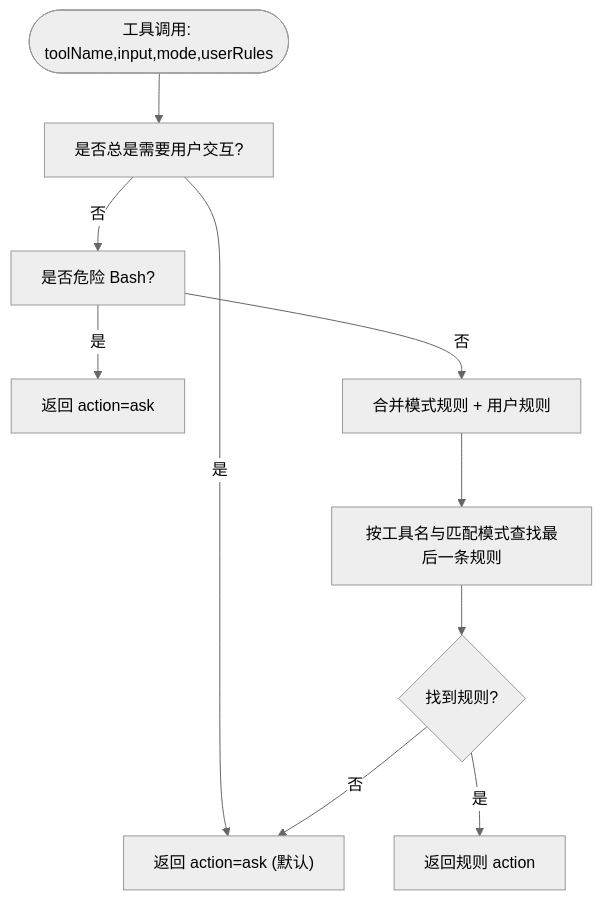
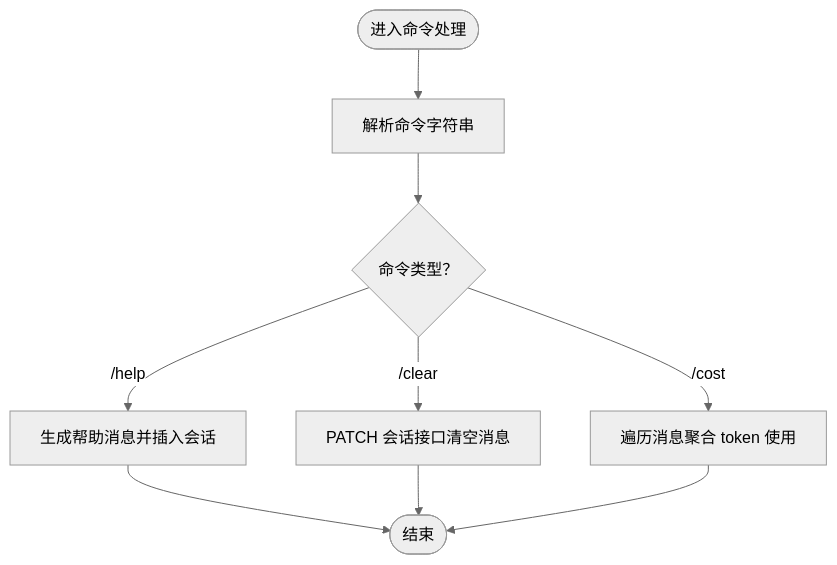
One commit to haolange/CodePilot changed the third of 7 diagrams in .qoder/repowiki/zh/content/核心功能/核心功能.md. Above: the diagram before and after it, drawn with Mermaid (neutral theme). The commit also changed other lines of this file and 203 other files, not shown here.

````diff
--- a/.qoder/repowiki/zh/content/核心功能/核心功能.md
+++ b/.qoder/repowiki/zh/content/核心功能/核心功能.md
@@ -270,12 +147,11 @@
 ```mermaid
 flowchart TD
-S(["工具调用: toolName,input,mode,userRules"]) --> CheckAlways["是否总是需要用户交互?"]
-CheckAlways --> |是| Ask["返回 action=ask"]
-CheckAlways --> |否| CheckDanger["是否危险 Bash?"]
-CheckDanger --> |是| AskDanger["返回 action=ask"]
-CheckDanger --> |否| BuildRules["合并模式规则 + 用户规则"]
-BuildRules --> Match["按工具名与匹配模式查找最后一条规则"]
-Match --> Found{"找到规则?"}
-Found --> |是| Return["返回规则 action"]
-Found --> |否| Ask["返回 action=ask (默认)"]
+Start(["进入命令处理"]) --> Parse["解析命令字符串"]
+Parse --> Cmd{"命令类型？"}
+Cmd --> |/help| ShowHelp["生成帮助消息并插入会话"]
+Cmd --> |/clear| PatchSession["PATCH 会话接口清空消息"]
+Cmd --> |/cost| Aggregate["遍历消息聚合 token 使用"]
+ShowHelp --> End(["结束"])
+PatchSession --> End
+Aggregate --> End
 ```
````
